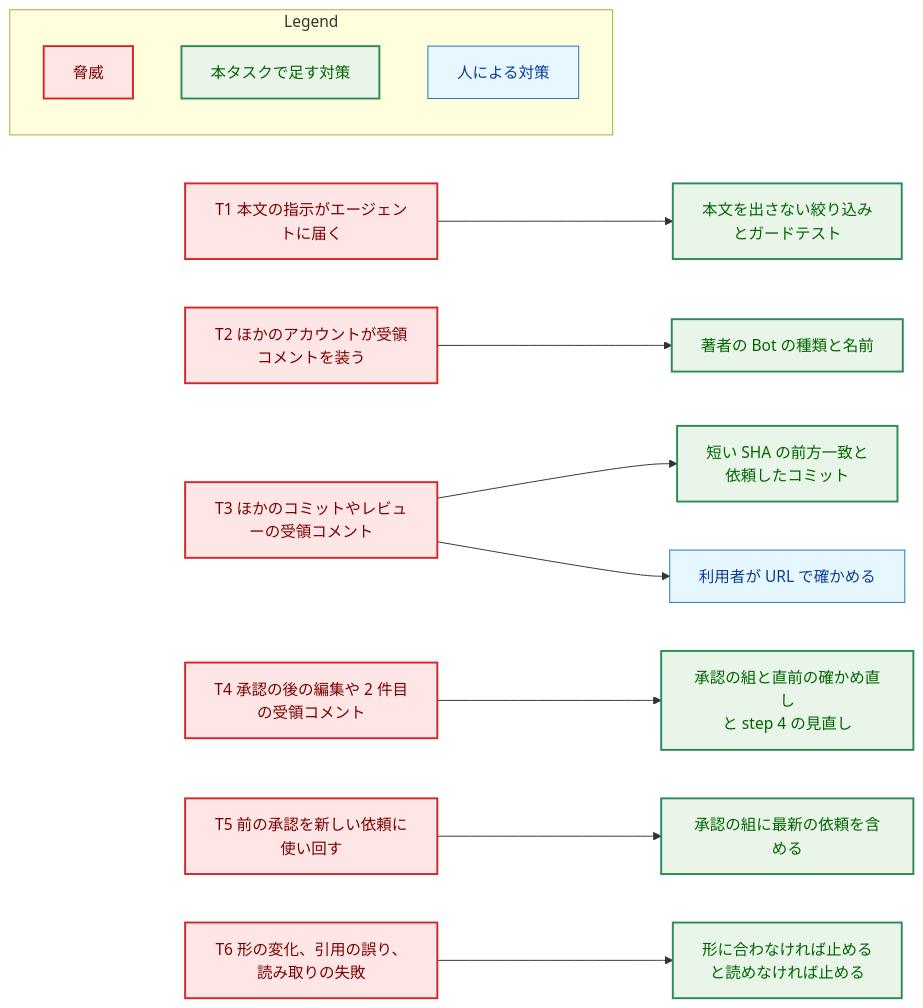
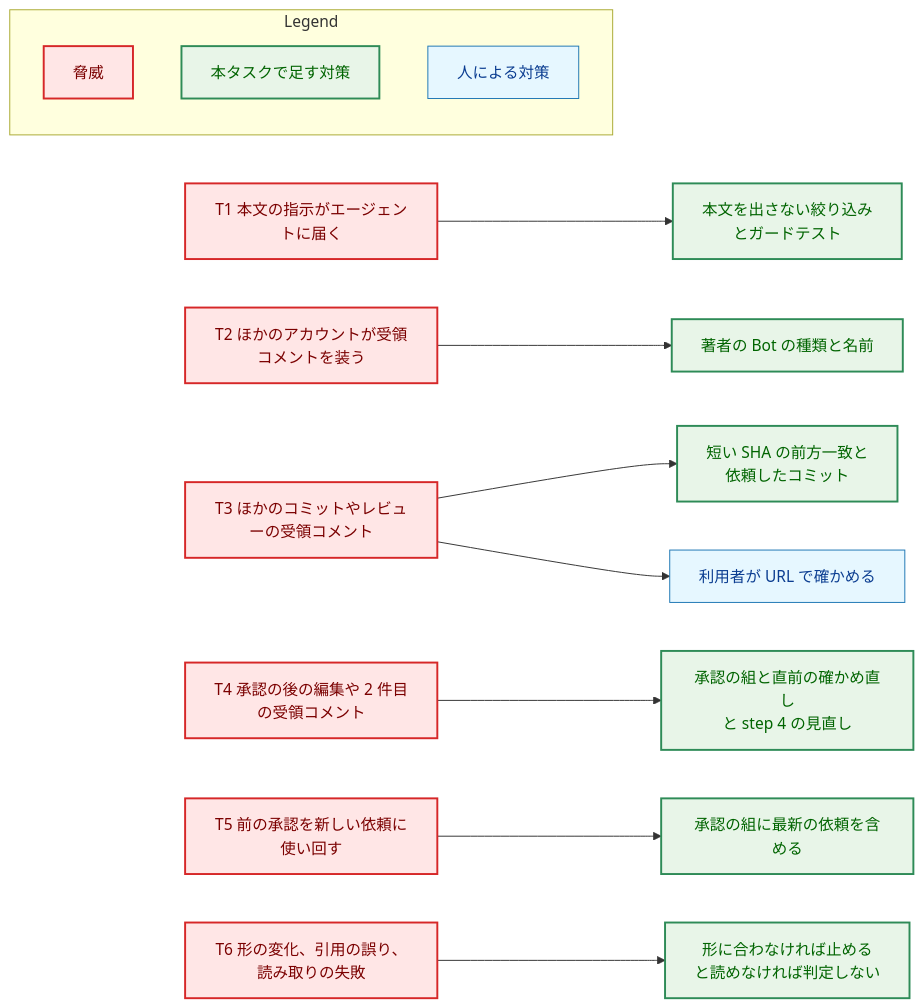
One commit to isseis/yt2column changed the fourth of 5 diagrams in docs/tasks/0108_codex_null_findings_receipt/02_architecture.md. Above: the diagram before and after it, drawn with Mermaid. The commit also changed other lines of this file, not shown here.

````diff
--- a/docs/tasks/0108_codex_null_findings_receipt/02_architecture.md
+++ b/docs/tasks/0108_codex_null_findings_receipt/02_architecture.md
@@ -511,42 +524,42 @@
 ```mermaid
 flowchart LR
     classDef problem fill:#ffe6e6,stroke:#d62728,stroke-width:2px,color:#7b0000;
     classDef enhanced fill:#e8f5e8,stroke:#2e8b57,stroke-width:2px,color:#006400;
     classDef data fill:#e6f7ff,stroke:#1f77b4,stroke-width:1px,color:#0b3d91;
 
     T1["T1 本文の指示がエージェントに届く"]
     T2["T2 ほかのアカウントが受領コメントを装う"]
     T3["T3 ほかのコミットやレビューの受領コメント"]
     T4["T4 承認の後の編集や 2 件目の受領コメント"]
     T5["T5 前の承認を新しい依頼に使い回す"]
     T6["T6 形の変化、引用の誤り、読み取りの失敗"]
 
     M1["本文を出さない絞り込み<br>とガードテスト"]
     M2["著者の Bot の種類と名前"]
     M3["短い SHA の前方一致と<br>依頼したコミット"]
     M4["承認の組と直前の確かめ直し<br>と step 4 の見直し"]
     M5["承認の組に最新の依頼を含める"]
-    M6["形に合わなければ止める<br>と読めなければ止める"]
+    M6["形に合わなければ止める<br>と読めなければ判定しない"]
     M7["利用者が URL で確かめる"]
 
     T1 --> M1
     T2 --> M2
     T3 --> M3
     T3 --> M7
     T4 --> M4
     T5 --> M5
     T6 --> M6
 
     class T1,T2,T3,T4,T5,T6 problem
     class M1,M2,M3,M4,M5,M6 enhanced
     class M7 data
 
     subgraph Legend["Legend"]
         L1["脅威"]
         L2["本タスクで足す対策"]
         L3["人による対策"]
     end
     class L1 problem
     class L2 enhanced
     class L3 data
 ```
````
